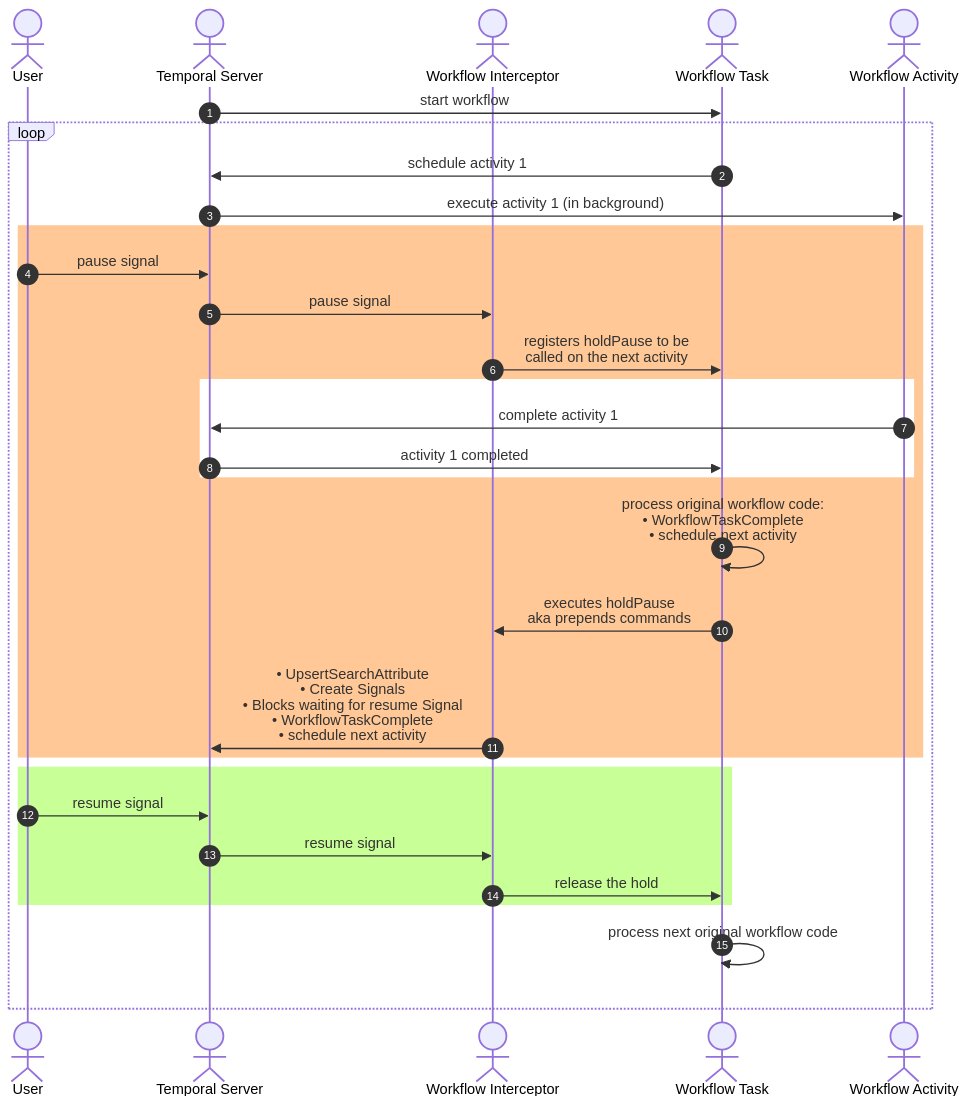
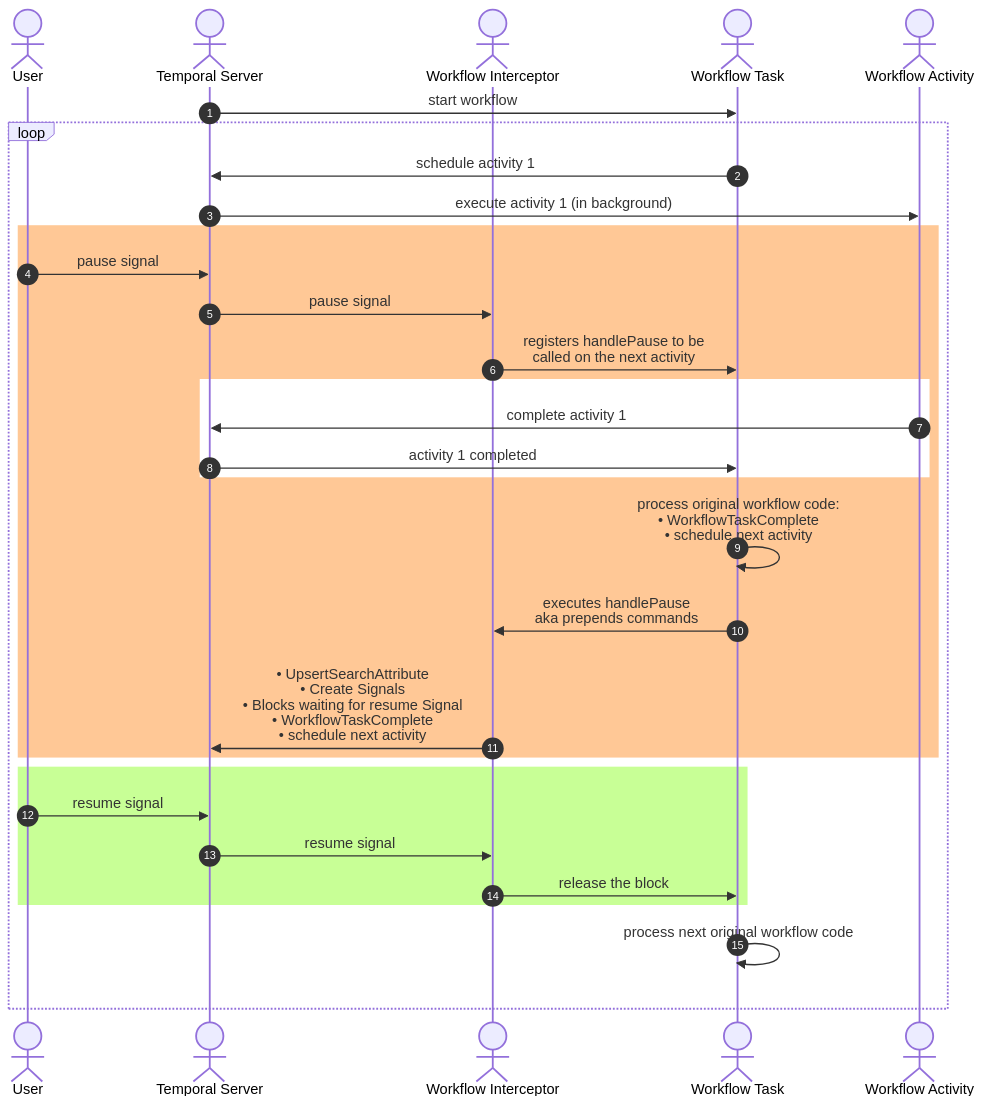
The diagram in pause-workflow-via-signal/README.md (kevinawoo/temporal-code-samples), drawn with Mermaid before and after one commit.

Commit message:
fixed typos

````diff
--- a/pause-workflow-via-signal/README.md
+++ b/pause-workflow-via-signal/README.md
@@ -43,35 +43,35 @@
 ```mermaid
 sequenceDiagram
     autonumber
     actor User
     actor Server as Temporal Server
     actor Interceptor as Workflow Interceptor
     actor Workflow as Workflow Task
     actor Activity as Workflow Activity
     Server ->> Workflow: start workflow
 
     loop
         Workflow ->> Server: schedule activity 1
         Server ->> Activity: execute activity 1 (in background)
 
         rect rgb(255, 200, 150)
             User ->> Server: pause signal
             Server ->> Interceptor: pause signal
-            Interceptor ->> Workflow: registers holdPause to be <br> called on the next activity
+            Interceptor ->> Workflow: registers handlePause to be <br> called on the next activity
             rect white 
                Activity ->> Server: complete activity 1
                Server ->> Workflow: activity 1 completed
             end
             Workflow ->> Workflow: process original workflow code: <br> • WorkflowTaskComplete <br> • schedule next activity
-            Workflow ->> Interceptor: executes holdPause <br> aka prepends commands
+            Workflow ->> Interceptor: executes handlePause <br> aka prepends commands
             Interceptor ->> Server: <br> • UpsertSearchAttribute <br> • Create Signals <br> • Blocks waiting for resume Signal <br> • WorkflowTaskComplete <br> • schedule next activity
         end
 
         rect rgb(200, 255, 150)
             User ->> Server: resume signal
             Server ->> Interceptor: resume signal
-            Interceptor ->> Workflow: release the hold
+            Interceptor ->> Workflow: release the block
         end
         Workflow ->> Workflow: process next original workflow code
     end
 ```
````
